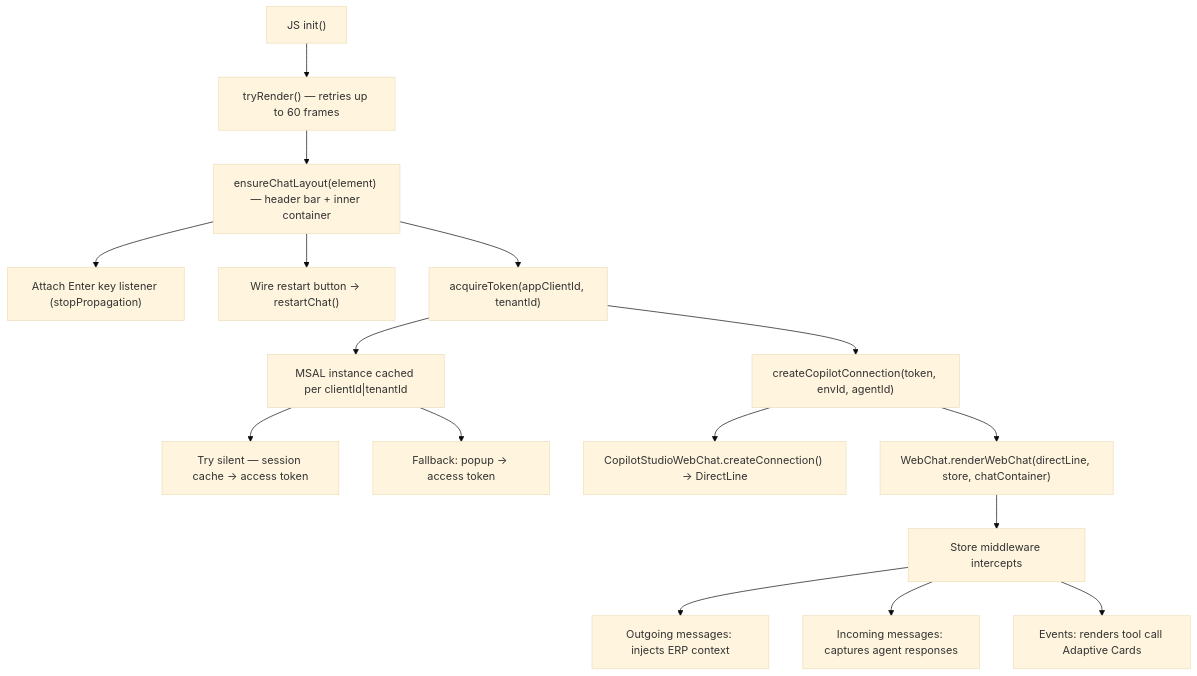
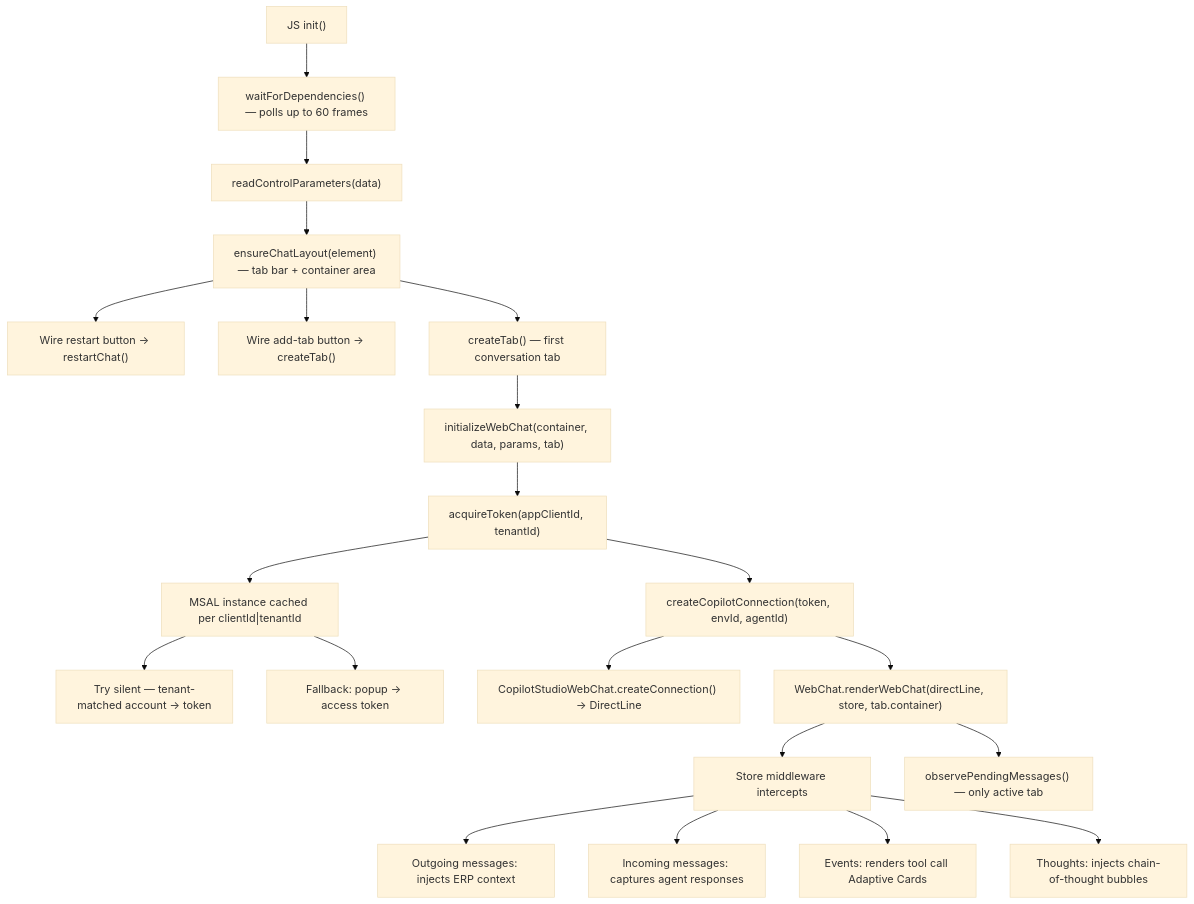
Before and after one commit to jofme/D365CopilotToolbox: the third of 7 diagrams in docs/architecture.md, drawn with Mermaid (base theme). The commit also changed other lines of this file and 9 other files, not shown here.

````diff
--- a/docs/architecture.md
+++ b/docs/architecture.md
@@ -80,18 +82,23 @@
 ```mermaid
 flowchart TD
-    A["JS init()"] --> B["tryRender() — retries up to 60 frames"]
-    B --> L["ensureChatLayout(element) — header bar + inner container"]
-    L --> LK["Attach Enter key listener (stopPropagation)"]
+    A["JS init()"] --> B["waitForDependencies() — polls up to 60 frames"]
+    B --> P["readControlParameters(data)"]
+    P --> L["ensureChatLayout(element) — tab bar + container area"]
     L --> LR["Wire restart button → restartChat()"]
-    L --> C["acquireToken(appClientId, tenantId)"]
+    L --> LA["Wire add-tab button → createTab()"]
+    L --> T["createTab() — first conversation tab"]
+    T --> IW["initializeWebChat(container, data, params, tab)"]
+    IW --> C["acquireToken(appClientId, tenantId)"]
     C --> C1["MSAL instance cached per clientId|tenantId"]
-    C1 --> C2["Try silent — session cache → access token"]
+    C1 --> C2["Try silent — tenant-matched account → token"]
     C1 --> C3["Fallback: popup → access token"]
     C --> D["createCopilotConnection(token, envId, agentId)"]
     D --> D1["CopilotStudioWebChat.createConnection() → DirectLine"]
-    D --> E["WebChat.renderWebChat(directLine, store, chatContainer)"]
+    D --> E["WebChat.renderWebChat(directLine, store, tab.container)"]
     E --> E1["Store middleware intercepts"]
     E1 --> E2["Outgoing messages: injects ERP context"]
     E1 --> E3["Incoming messages: captures agent responses"]
     E1 --> E4["Events: renders tool call Adaptive Cards"]
+    E1 --> E5["Thoughts: injects chain-of-thought bubbles"]
+    E --> O["observePendingMessages() — only active tab"]
 ```
````
